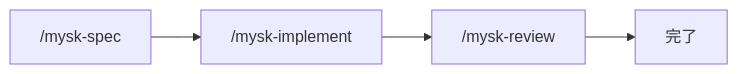
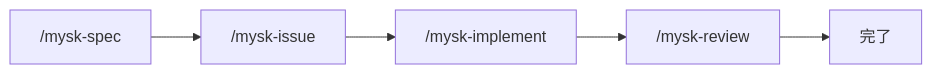
One commit to ainoobmenpg/claude-code-myskills changed the diagram in README.md. Above: the diagram before and after it, drawn with Mermaid. The commit also changed other lines of this file and 32 other files, not shown here.

````diff
--- a/README.md
+++ b/README.md
@@ -51,6 +52,7 @@
 ```mermaid
 graph LR
-    A["/mysk-spec"] --> B["/mysk-implement"]
-    B --> C["/mysk-review"]
-    C --> D["完了"]
+    A["/mysk-spec"] --> B["/mysk-issue"]
+    B --> C["/mysk-implement"]
+    C --> D["/mysk-review"]
+    D --> E["完了"]
 ```
````
